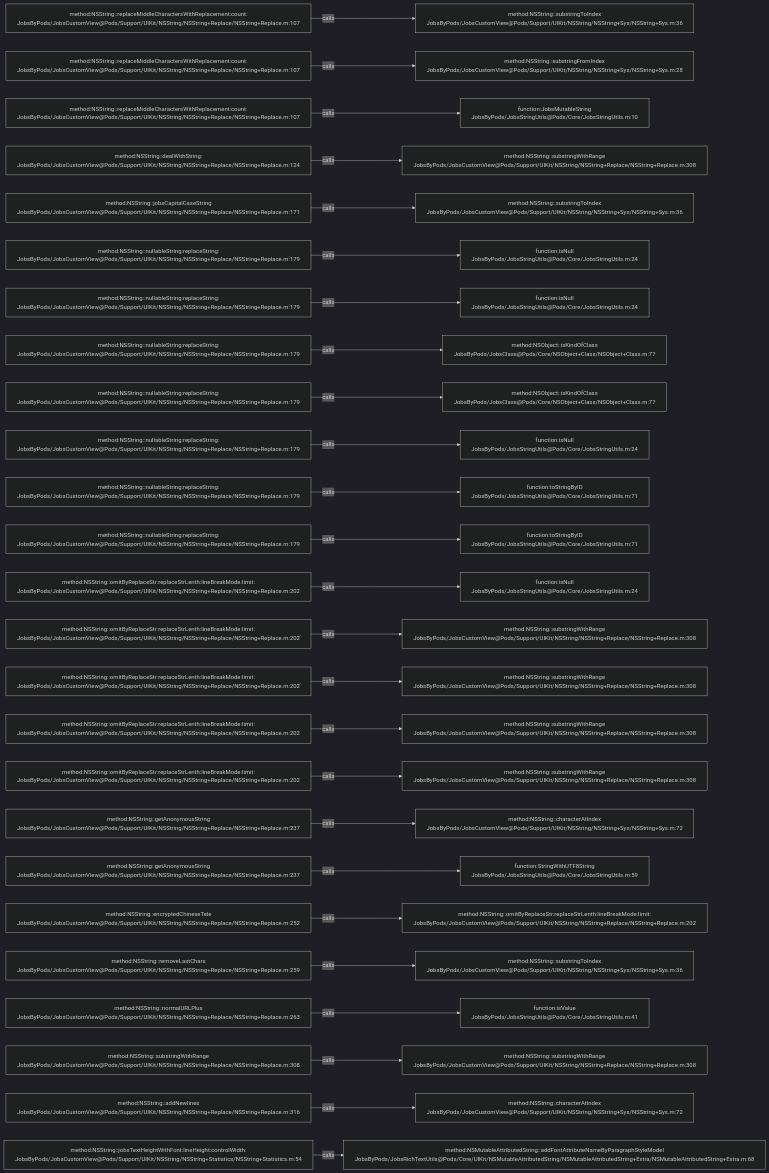
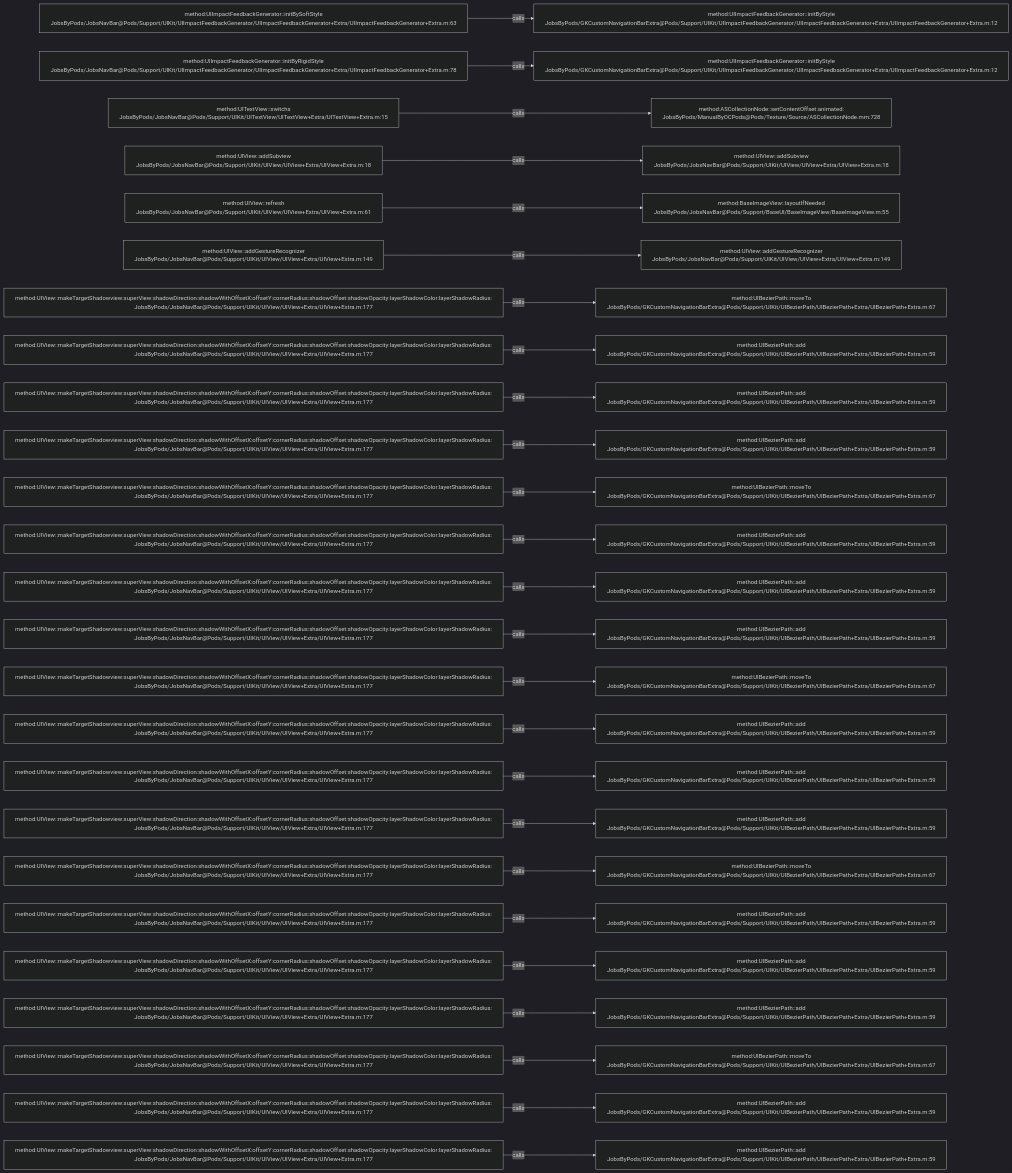
One commit to JobsKits/JobsOCBaseConfigDemo changed the diagram in .codegraph/codegraph.md/graphs/calls-082.md. Above: the diagram before and after it, drawn with Mermaid (dark theme). The commit also changed 573 other files, not shown here.

````diff
--- a/.codegraph/codegraph.md/graphs/calls-082.md
+++ b/.codegraph/codegraph.md/graphs/calls-082.md
@@ -13,78 +13,78 @@
 ```mermaid
 flowchart LR
-  S1["method:NSString::replaceMiddleCharactersWithReplacement:count:<br/>JobsByPods/JobsCustomView@Pods/Support/UIKit/NSString/NSString+Replace/NSString+Replace.m:107"]
-  T1["method:NSString::substringToIndex<br/>JobsByPods/JobsCustomView@Pods/Support/UIKit/NSString/NSString+Sys/NSString+Sys.m:36"]
+  S1["method:UIImpactFeedbackGenerator::initBySoftStyle<br/>JobsByPods/JobsNavBar@Pods/Support/UIKit/UIImpactFeedbackGenerator/UIImpactFeedbackGenerator+Extra/UIImpactFeedbackGenerator+Extra.m:63"]
+  T1["method:UIImpactFeedbackGenerator::initByStyle<br/>JobsByPods/GKCustomNavigationBarExtra@Pods/Support/UIKit/UIImpactFeedbackGenerator/UIImpactFeedbackGenerator+Extra/UIImpactFeedbackGenerator+Extra.m:12"]
   S1 -->|calls| T1
-  S2["method:NSString::replaceMiddleCharactersWithReplacement:count:<br/>JobsByPods/JobsCustomView@Pods/Support/UIKit/NSString/NSString+Replace/NSString+Replace.m:107"]
-  T2["method:NSString::substringFromIndex<br/>JobsByPods/JobsCustomView@Pods/Support/UIKit/NSString/NSString+Sys/NSString+Sys.m:28"]
+  S2["method:UIImpactFeedbackGenerator::initByRigidStyle<br/>JobsByPods/JobsNavBar@Pods/Support/UIKit/UIImpactFeedbackGenerator/UIImpactFeedbackGenerator+Extra/UIImpactFeedbackGenerator+Extra.m:78"]
+  T2["method:UIImpactFeedbackGenerator::initByStyle<br/>JobsByPods/GKCustomNavigationBarExtra@Pods/Support/UIKit/UIImpactFeedbackGenerator/UIImpactFeedbackGenerator+Extra/UIImpactFeedbackGenerator+Extra.m:12"]
   S2 -->|calls| T2
-  S3["method:NSString::replaceMiddleCharactersWithReplacement:count:<br/>JobsByPods/JobsCustomView@Pods/Support/UIKit/NSString/NSString+Replace/NSString+Replace.m:107"]
-  T3["function:JobsMutableString<br/>JobsByPods/JobsStringUtils@Pods/Core/JobsStringUtils.m:10"]
+  S3["method:UITextView::switchs<br/>JobsByPods/JobsNavBar@Pods/Support/UIKit/UITextView/UITextView+Extra/UITextView+Extra.m:15"]
+  T3["method:ASCollectionNode::setContentOffset:animated:<br/>JobsByPods/ManualByOCPods@Pods/Texture/Source/ASCollectionNode.mm:728"]
   S3 -->|calls| T3
-  S4["method:NSString::dealWithString:<br/>JobsByPods/JobsCustomView@Pods/Support/UIKit/NSString/NSString+Replace/NSString+Replace.m:124"]
-  T4["method:NSString::substringWithRange<br/>JobsByPods/JobsCustomView@Pods/Support/UIKit/NSString/NSString+Replace/NSString+Replace.m:308"]
+  S4["method:UIView::addSubview<br/>JobsByPods/JobsNavBar@Pods/Support/UIKit/UIView/UIView+Extra/UIView+Extra.m:18"]
+  T4["method:UIView::addSubview<br/>JobsByPods/JobsNavBar@Pods/Support/UIKit/UIView/UIView+Extra/UIView+Extra.m:18"]
   S4 -->|calls| T4
-  S5["method:NSString::jobsCapitalCaseString<br/>JobsByPods/JobsCustomView@Pods/Support/UIKit/NSString/NSString+Replace/NSString+Replace.m:171"]
-  T5["method:NSString::substringToIndex<br/>JobsByPods/JobsCustomView@Pods/Support/UIKit/NSString/NSString+Sys/NSString+Sys.m:36"]
+  S5["method:UIView::refresh<br/>JobsByPods/JobsNavBar@Pods/Support/UIKit/UIView/UIView+Extra/UIView+Extra.m:61"]
+  T5["method:BaseImageView::layoutIfNeeded<br/>JobsByPods/JobsNavBar@Pods/Support/BaseUI/BaseImageView/BaseImageView.m:55"]
   S5 -->|calls| T5
-  S6["method:NSString::nullableString:replaceString:<br/>JobsByPods/JobsCustomView@Pods/Support/UIKit/NSString/NSString+Replace/NSString+Replace.m:179"]
-  T6["function:isNull<br/>JobsByPods/JobsStringUtils@Pods/Core/JobsStringUtils.m:24"]
+  S6["method:UIView::addGestureRecognizer<br/>JobsByPods/JobsNavBar@Pods/Support/UIKit/UIView/UIView+Extra/UIView+Extra.m:149"]
+  T6["method:UIView::addGestureRecognizer<br/>JobsByPods/JobsNavBar@Pods/Support/UIKit/UIView/UIView+Extra/UIView+Extra.m:149"]
   S6 -->|calls| T6
-  S7["method:NSString::nullableString:replaceString:<br/>JobsByPods/JobsCustomView@Pods/Support/UIKit/NSString/NSString+Replace/NSString+Replace.m:179"]
-  T7["function:isNull<br/>JobsByPods/JobsStringUtils@Pods/Core/JobsStringUtils.m:24"]
+  S7["method:UIView::makeTargetShadowview:superView:shadowDirection:shadowWithOffsetX:offsetY:cornerRadius:shadowOffset:shadowOpacity:layerShadowColor:layerShadowRadius:<br/>JobsByPods/JobsNavBar@Pods/Support/UIKit/UIView/UIView+Extra/UIView+Extra.m:177"]
+  T7["method:UIBezierPath::moveTo<br/>JobsByPods/GKCustomNavigationBarExtra@Pods/Support/UIKit/UIBezierPath/UIBezierPath+Extra/UIBezierPath+Extra.m:67"]
   S7 -->|calls| T7
-  S8["method:NSString::nullableString:replaceString:<br/>JobsByPods/JobsCustomView@Pods/Support/UIKit/NSString/NSString+Replace/NSString+Replace.m:179"]
-  T8["method:NSObject::isKindOfClass<br/>JobsByPods/JobsClass@Pods/Core/NSObject+Class/NSObject+Class.m:77"]
+  S8["method:UIView::makeTargetShadowview:superView:shadowDirection:shadowWithOffsetX:offsetY:cornerRadius:shadowOffset:shadowOpacity:layerShadowColor:layerShadowRadius:<br/>JobsByPods/JobsNavBar@Pods/Support/UIKit/UIView/UIView+Extra/UIView+Extra.m:177"]
+  T8["method:UIBezierPath::add<br/>JobsByPods/GKCustomNavigationBarExtra@Pods/Support/UIKit/UIBezierPath/UIBezierPath+Extra/UIBezierPath+Extra.m:59"]
   S8 -->|calls| T8
-  S9["method:NSString::nullableString:replaceString:<br/>JobsByPods/JobsCustomView@Pods/Support/UIKit/NSString/NSString+Replace/NSString+Replace.m:179"]
-  T9["method:NSObject::isKindOfClass<br/>JobsByPods/JobsClass@Pods/Core/NSObject+Class/NSObject+Class.m:77"]
+  S9["method:UIView::makeTargetShadowview:superView:shadowDirection:shadowWithOffsetX:offsetY:cornerRadius:shadowOffset:shadowOpacity:layerShadowColor:layerShadowRadius:<br/>JobsByPods/JobsNavBar@Pods/Support/UIKit/UIView/UIView+Extra/UIView+Extra.m:177"]
+  T9["method:UIBezierPath::add<br/>JobsByPods/GKCustomNavigationBarExtra@Pods/Support/UIKit/UIBezierPath/UIBezierPath+Extra/UIBezierPath+Extra.m:59"]
   S9 -->|calls| T9
-  S10["method:NSString::nullableString:replaceString:<br/>JobsByPods/JobsCustomView@Pods/Support/UIKit/NSString/NSString+Replace/NSString+Replace.m:179"]
-  T10["function:isNull<br/>JobsByPods/JobsStringUtils@Pods/Core/JobsStringUtils.m:24"]
+  S10["method:UIView::makeTargetShadowview:superView:shadowDirection:shadowWithOffsetX:offsetY:cornerRadius:shadowOffset:shadowOpacity:layerShadowColor:layerShadowRadius:<br/>JobsByPods/JobsNavBar@Pods/Support/UIKit/UIView/UIView+Extra/UIView+Extra.m:177"]
+  T10["method:UIBezierPath::add<br/>JobsByPods/GKCustomNavigationBarExtra@Pods/Support/UIKit/UIBezierPath/UIBezierPath+Extra/UIBezierPath+Extra.m:59"]
   S10 -->|calls| T10
-  S11["method:NSString::nullableString:replaceString:<br/>JobsByPods/JobsCustomView@Pods/Support/UIKit/NSString/NSString+Replace/NSString+Replace.m:179"]
-  T11["function:toStringByID<br/>JobsByPods/JobsStringUtils@Pods/Core/JobsStringUtils.m:71"]
+  S11["method:UIView::makeTargetShadowview:superView:shadowDirection:shadowWithOffsetX:offsetY:cornerRadius:shadowOffset:shadowOpacity:layerShadowColor:layerShadowRadius:<br/>JobsByPods/JobsNavBar@Pods/Support/UIKit/UIView/UIView+Extra/UIView+Extra.m:177"]
+  T11["method:UIBezierPath::moveTo<br/>JobsByPods/GKCustomNavigationBarExtra@Pods/Support/UIKit/UIBezierPath/UIBezierPath+Extra/UIBezierPath+Extra.m:67"]
   S11 -->|calls| T11
-  S12["method:NSString::nullableString:replaceString:<br/>JobsByPods/JobsCustomView@Pods/Support/UIKit/NSString/NSString+Replace/NSString+Replace.m:179"]
-  T12["function:toStringByID<br/>JobsByPods/JobsStringUtils@Pods/Core/JobsStringUtils.m:71"]
+  S12["method:UIView::makeTargetShadowview:superView:shadowDirection:shadowWithOffsetX:offsetY:cornerRadius:shadowOffset:shadowOpacity:layerShadowColor:layerShadowRadius:<br/>JobsByPods/JobsNavBar@Pods/Support/UIKit/UIView/UIView+Extra/UIView+Extra.m:177"]
+  T12["method:UIBezierPath::add<br/>JobsByPods/GKCustomNavigationBarExtra@Pods/Support/UIKit/UIBezierPath/UIBezierPath+Extra/UIBezierPath+Extra.m:59"]
   S12 -->|calls| T12
-  S13["method:NSString::omitByReplaceStr:replaceStrLenth:lineBreakMode:limit:<br/>JobsByPods/JobsCustomView@Pods/Support/UIKit/NSString/NSString+Replace/NSString+Replace.m:202"]
-  T13["function:isNull<br/>JobsByPods/JobsStringUtils@Pods/Core/JobsStringUtils.m:24"]
+  S13["method:UIView::makeTargetShadowview:superView:shadowDirection:shadowWithOffsetX:offsetY:cornerRadius:shadowOffset:shadowOpacity:layerShadowColor:layerShadowRadius:<br/>JobsByPods/JobsNavBar@Pods/Support/UIKit/UIView/UIView+Extra/UIView+Extra.m:177"]
+  T13["method:UIBezierPath::add<br/>JobsByPods/GKCustomNavigationBarExtra@Pods/Support/UIKit/UIBezierPath/UIBezierPath+Extra/UIBezierPath+Extra.m:59"]
   S13 -->|calls| T13
-  S14["method:NSString::omitByReplaceStr:replaceStrLenth:lineBreakMode:limit:<br/>JobsByPods/JobsCustomView@Pods/Support/UIKit/NSString/NSString+Replace/NSString+Replace.m:202"]
-  T14["method:NSString::substringWithRange<br/>JobsByPods/JobsCustomView@Pods/Support/UIKit/NSString/NSString+Replace/NSString+Replace.m:308"]
+  S14["method:UIView::makeTargetShadowview:superView:shadowDirection:shadowWithOffsetX:offsetY:cornerRadius:shadowOffset:shadowOpacity:layerShadowColor:layerShadowRadius:<br/>JobsByPods/JobsNavBar@Pods/Support/UIKit/UIView/UIView+Extra/UIView+Extra.m:177"]
+  T14["method:UIBezierPath::add<br/>JobsByPods/GKCustomNavigationBarExtra@Pods/Support/UIKit/UIBezierPath/UIBezierPath+Extra/UIBezierPath+Extra.m:59"]
   S14 -->|calls| T14
-  S15["method:NSString::omitByReplaceStr:replaceStrLenth:lineBreakMode:limit:<br/>JobsByPods/JobsCustomView@Pods/Support/UIKit/NSString/NSString+Replace/NSString+Replace.m:202"]
-  T15["method:NSString::substringWithRange<br/>JobsByPods/JobsCustomView@Pods/Support/UIKit/NSString/NSString+Replace/NSString+Replace.m:308"]
+  S15["method:UIView::makeTargetShadowview:superView:shadowDirection:shadowWithOffsetX:offsetY:cornerRadius:shadowOffset:shadowOpacity:layerShadowColor:layerShadowRadius:<br/>JobsByPods/JobsNavBar@Pods/Support/UIKit/UIView/UIView+Extra/UIView+Extra.m:177"]
+  T15["method:UIBezierPath::moveTo<br/>JobsByPods/GKCustomNavigationBarExtra@Pods/Support/UIKit/UIBezierPath/UIBezierPath+Extra/UIBezierPath+Extra.m:67"]
   S15 -->|calls| T15
-  S16["method:NSString::omitByReplaceStr:replaceStrLenth:lineBreakMode:limit:<br/>JobsByPods/JobsCustomView@Pods/Support/UIKit/NSString/NSString+Replace/NSString+Replace.m:202"]
-  T16["method:NSString::substringWithRange<br/>JobsByPods/JobsCustomView@Pods/Support/UIKit/NSString/NSString+Replace/NSString+Replace.m:308"]
+  S16["method:UIView::makeTargetShadowview:superView:shadowDirection:shadowWithOffsetX:offsetY:cornerRadius:shadowOffset:shadowOpacity:layerShadowColor:layerShadowRadius:<br/>JobsByPods/JobsNavBar@Pods/Support/UIKit/UIView/UIView+Extra/UIView+Extra.m:177"]
+  T16["method:UIBezierPath::add<br/>JobsByPods/GKCustomNavigationBarExtra@Pods/Support/UIKit/UIBezierPath/UIBezierPath+Extra/UIBezierPath+Extra.m:59"]
   S16 -->|calls| T16
-  S17["method:NSString::omitByReplaceStr:replaceStrLenth:lineBreakMode:limit:<br/>JobsByPods/JobsCustomView@Pods/Support/UIKit/NSString/NSString+Replace/NSString+Replace.m:202"]
-  T17["method:NSString::substringWithRange<br/>JobsByPods/JobsCustomView@Pods/Support/UIKit/NSString/NSString+Replace/NSString+Replace.m:308"]
+  S17["method:UIView::makeTargetShadowview:superView:shadowDirection:shadowWithOffsetX:offsetY:cornerRadius:shadowOffset:shadowOpacity:layerShadowColor:layerShadowRadius:<br/>JobsByPods/JobsNavBar@Pods/Support/UIKit/UIView/UIView+Extra/UIView+Extra.m:177"]
+  T17["method:UIBezierPath::add<br/>JobsByPods/GKCustomNavigationBarExtra@Pods/Support/UIKit/UIBezierPath/UIBezierPath+Extra/UIBezierPath+Extra.m:59"]
   S17 -->|calls| T17
-  S18["method:NSString::getAnonymousString<br/>JobsByPods/JobsCustomView@Pods/Support/UIKit/NSString/NSString+Replace/NSString+Replace.m:237"]
-  T18["method:NSString::characterAtIndex<br/>JobsByPods/JobsCustomView@Pods/Support/UIKit/NSString/NSString+Sys/NSString+Sys.m:72"]
+  S18["method:UIView::makeTargetShadowview:superView:shadowDirection:shadowWithOffsetX:offsetY:cornerRadius:shadowOffset:shadowOpacity:layerShadowColor:layerShadowRadius:<br/>JobsByPods/JobsNavBar@Pods/Support/UIKit/UIView/UIView+Extra/UIView+Extra.m:177"]
+  T18["method:UIBezierPath::add<br/>JobsByPods/GKCustomNavigationBarExtra@Pods/Support/UIKit/UIBezierPath/UIBezierPath+Extra/UIBezierPath+Extra.m:59"]
   S18 -->|calls| T18
-  S19["method:NSString::getAnonymousString<br/>JobsByPods/JobsCustomView@Pods/Support/UIKit/NSString/NSString+Replace/NSString+Replace.m:237"]
-  T19["function:StringWithUTF8String<br/>JobsByPods/JobsStringUtils@Pods/Core/JobsStringUtils.m:59"]
+  S19["method:UIView::makeTargetShadowview:superView:shadowDirection:shadowWithOffsetX:offsetY:cornerRadius:shadowOffset:shadowOpacity:layerShadowColor:layerShadowRadius:<br/>JobsByPods/JobsNavBar@Pods/Support/UIKit/UIView/UIView+Extra/UIView+Extra.m:177"]
+  T19["method:UIBezierPath::moveTo<br/>JobsByPods/GKCustomNavigationBarExtra@Pods/Support/UIKit/UIBezierPath/UIBezierPath+Extra/UIBezierPath+Extra.m:67"]
   S19 -->|calls| T19
-  S20["method:NSString::encryptedChineseTele<br/>JobsByPods/JobsCustomView@Pods/Support/UIKit/NSString/NSString+Replace/NSString+Replace.m:252"]
-  T20["method:NSString::omitByReplaceStr:replaceStrLenth:lineBreakMode:limit:<br/>JobsByPods/JobsCustomView@Pods/Support/UIKit/NSString/NSString+Replace/NSString+Replace.m:202"]
+  S20["method:UIView::makeTargetShadowview:superView:shadowDirection:shadowWithOffsetX:offsetY:cornerRadius:shadowOffset:shadowOpacity:layerShadowColor:layerShadowRadius:<br/>JobsByPods/JobsNavBar@Pods/Support/UIKit/UIView/UIView+Extra/UIView+Extra.m:177"]
+  T20["method:UIBezierPath::add<br/>JobsByPods/GKCustomNavigationBarExtra@Pods/Support/UIKit/UIBezierPath/UIBezierPath+Extra/UIBezierPath+Extra.m:59"]
   S20 -->|calls| T20
-  S21["method:NSString::removeLastChars<br/>JobsByPods/JobsCustomView@Pods/Support/UIKit/NSString/NSString+Replace/NSString+Replace.m:259"]
-  T21["method:NSString::substringToIndex<br/>JobsByPods/JobsCustomView@Pods/Support/UIKit/NSString/NSString+Sys/NSString+Sys.m:36"]
+  S21["method:UIView::makeTargetShadowview:superView:shadowDirection:shadowWithOffsetX:offsetY:cornerRadius:shadowOffset:shadowOpacity:layerShadowColor:layerShadowRadius:<br/>JobsByPods/JobsNavBar@Pods/Support/UIKit/UIView/UIView+Extra/UIView+Extra.m:177"]
+  T21["method:UIBezierPath::add<br/>JobsByPods/GKCustomNavigationBarExtra@Pods/Support/UIKit/UIBezierPath/UIBezierPath+Extra/UIBezierPath+Extra.m:59"]
   S21 -->|calls| T21
-  S22["method:NSString::normalURLPlus<br/>JobsByPods/JobsCustomView@Pods/Support/UIKit/NSString/NSString+Replace/NSString+Replace.m:263"]
-  T22["function:isValue<br/>JobsByPods/JobsStringUtils@Pods/Core/JobsStringUtils.m:41"]
+  S22["method:UIView::makeTargetShadowview:superView:shadowDirection:shadowWithOffsetX:offsetY:cornerRadius:shadowOffset:shadowOpacity:layerShadowColor:layerShadowRadius:<br/>JobsByPods/JobsNavBar@Pods/Support/UIKit/UIView/UIView+Extra/UIView+Extra.m:177"]
+  T22["method:UIBezierPath::add<br/>JobsByPods/GKCustomNavigationBarExtra@Pods/Support/UIKit/UIBezierPath/UIBezierPath+Extra/UIBezierPath+Extra.m:59"]
   S22 -->|calls| T22
-  S23["method:NSString::substringWithRange<br/>JobsByPods/JobsCustomView@Pods/Support/UIKit/NSString/NSString+Replace/NSString+Replace.m:308"]
-  T23["method:NSString::substringWithRange<br/>JobsByPods/JobsCustomView@Pods/Support/UIKit/NSString/NSString+Replace/NSString+Replace.m:308"]
+  S23["method:UIView::makeTargetShadowview:superView:shadowDirection:shadowWithOffsetX:offsetY:cornerRadius:shadowOffset:shadowOpacity:layerShadowColor:layerShadowRadius:<br/>JobsByPods/JobsNavBar@Pods/Support/UIKit/UIView/UIView+Extra/UIView+Extra.m:177"]
+  T23["method:UIBezierPath::moveTo<br/>JobsByPods/GKCustomNavigationBarExtra@Pods/Support/UIKit/UIBezierPath/UIBezierPath+Extra/UIBezierPath+Extra.m:67"]
   S23 -->|calls| T23
-  S24["method:NSString::addNewlines<br/>JobsByPods/JobsCustomView@Pods/Support/UIKit/NSString/NSString+Replace/NSString+Replace.m:316"]
-  T24["method:NSString::characterAtIndex<br/>JobsByPods/JobsCustomView@Pods/Support/UIKit/NSString/NSString+Sys/NSString+Sys.m:72"]
+  S24["method:UIView::makeTargetShadowview:superView:shadowDirection:shadowWithOffsetX:offsetY:cornerRadius:shadowOffset:shadowOpacity:layerShadowColor:layerShadowRadius:<br/>JobsByPods/JobsNavBar@Pods/Support/UIKit/UIView/UIView+Extra/UIView+Extra.m:177"]
+  T24["method:UIBezierPath::add<br/>JobsByPods/GKCustomNavigationBarExtra@Pods/Support/UIKit/UIBezierPath/UIBezierPath+Extra/UIBezierPath+Extra.m:59"]
   S24 -->|calls| T24
-  S25["method:NSString::jobsTextHeightWithFont:lineHeight:controlWidth:<br/>JobsByPods/JobsCustomView@Pods/Support/UIKit/NSString/NSString+Statistics/NSString+Statistics.m:54"]
-  T25["method:NSMutableAttributedString::addFontAttributeNameByParagraphStyleModel<br/>JobsByPods/JobsRichTextUtils@Pods/Core/UIKit/NSMutableAttributedString/NSMutableAttributedString+Extra/NSMutableAttributedString+Extra.m:68"]
+  S25["method:UIView::makeTargetShadowview:superView:shadowDirection:shadowWithOffsetX:offsetY:cornerRadius:shadowOffset:shadowOpacity:layerShadowColor:layerShadowRadius:<br/>JobsByPods/JobsNavBar@Pods/Support/UIKit/UIView/UIView+Extra/UIView+Extra.m:177"]
+  T25["method:UIBezierPath::add<br/>JobsByPods/GKCustomNavigationBarExtra@Pods/Support/UIKit/UIBezierPath/UIBezierPath+Extra/UIBezierPath+Extra.m:59"]
   S25 -->|calls| T25
 ```
````
